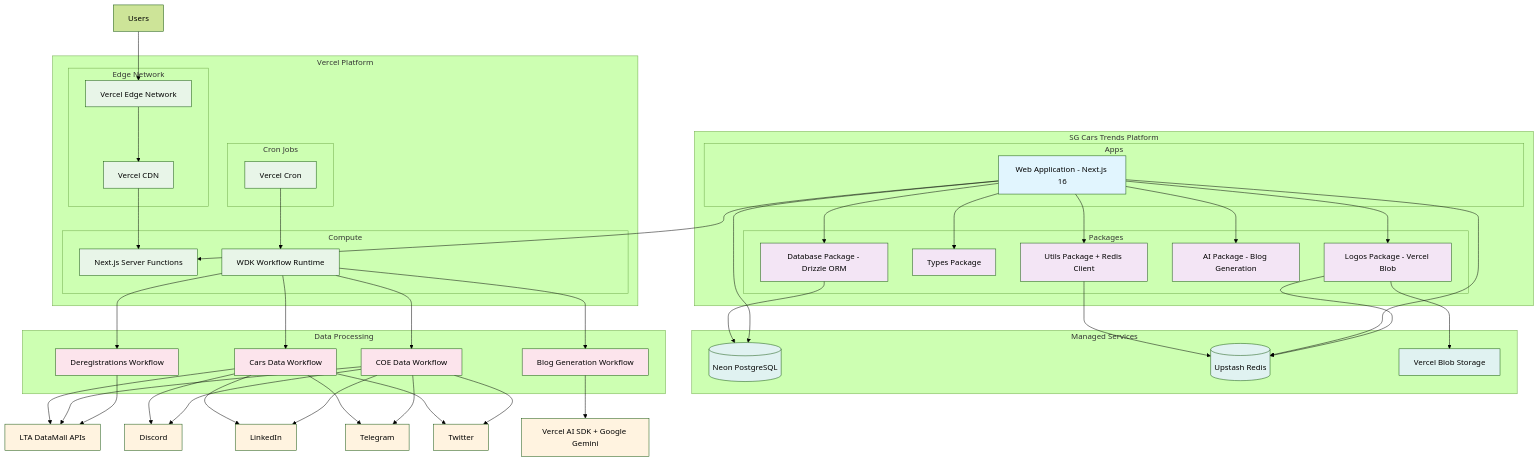
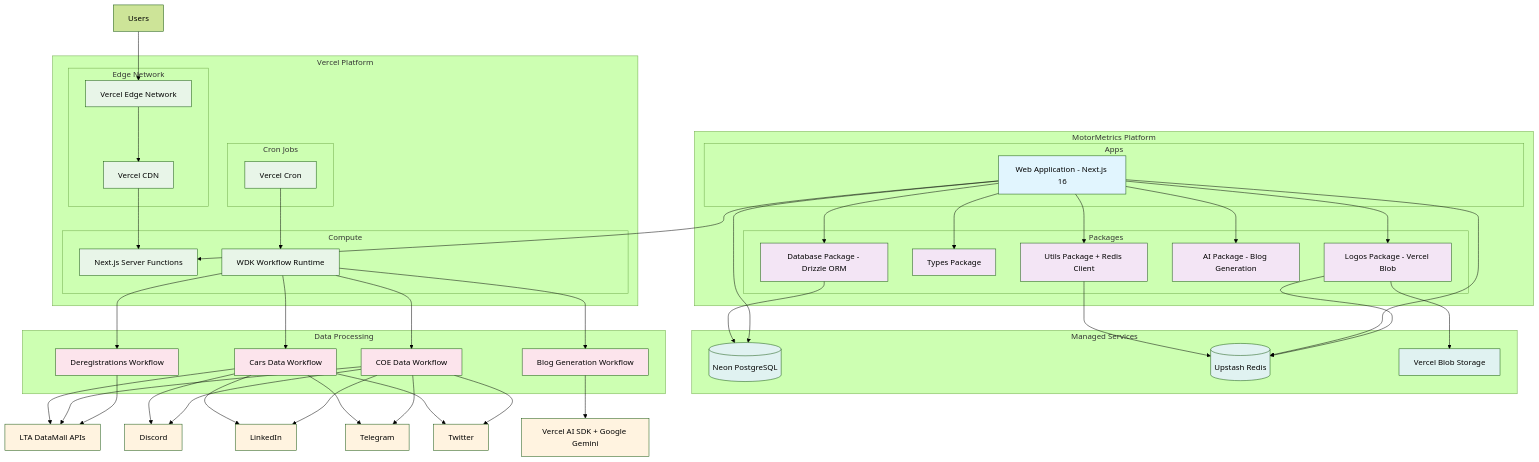
Before and after one commit to sgcarstrends/sgcarstrends: the diagram in docs/architecture/system.md, drawn with Mermaid (forest theme). The commit also changed other lines of this file and 316 other files, not shown here.

First line of the commit message:
feat!: rebrand from SG Cars Trends to MotorMetrics

```diff
--- a/docs/architecture/system.md
+++ b/docs/architecture/system.md
@@ -43,7 +43,7 @@
     end
 
     %% Application Layer
-    subgraph "SG Cars Trends Platform"
+    subgraph "MotorMetrics Platform"
         subgraph "Apps"
             Web[Web Application - Next.js 16]
         end
```
